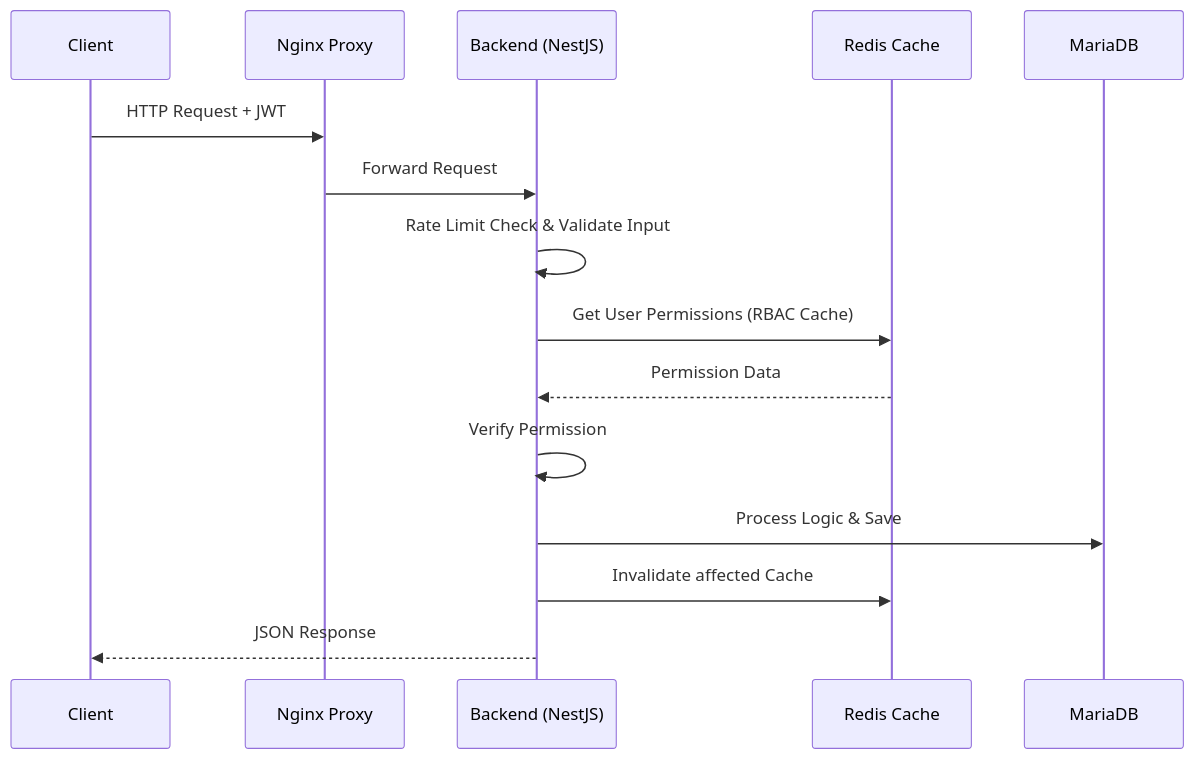
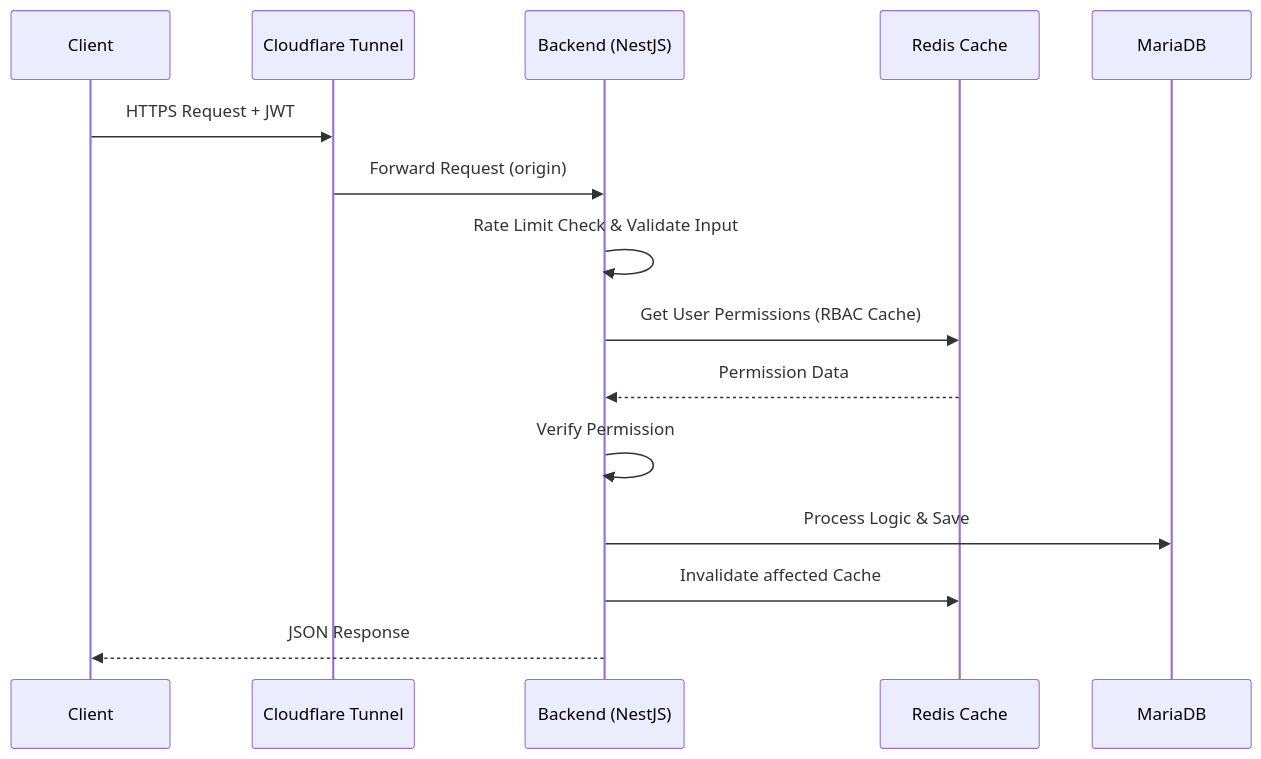
Before and after one commit to peancharoen/lcbp3: the second of 7 diagrams in ARCHITECTURE.md, drawn with Mermaid. The commit also changed other lines of this file and 147 other files, not shown here.

````diff
--- a/ARCHITECTURE.md
+++ b/ARCHITECTURE.md
@@ -99,21 +123,21 @@
 ```mermaid
 sequenceDiagram
     participant Client as Client
-    participant NPM as Nginx Proxy
+    participant CF as Cloudflare Tunnel
     participant BE as Backend (NestJS)
     participant Redis as Redis Cache
     participant DB as MariaDB
 
-    Client->>NPM: HTTP Request + JWT
-    NPM->>BE: Forward Request
+    Client->>CF: HTTPS Request + JWT
+    CF->>BE: Forward Request (origin)
 
     BE->>BE: Rate Limit Check & Validate Input
     BE->>Redis: Get User Permissions (RBAC Cache)
     Redis-->>BE: Permission Data
     BE->>BE: Verify Permission
 
     BE->>DB: Process Logic & Save
     BE->>Redis: Invalidate affected Cache
 
     BE-->>Client: JSON Response
 ```
````
